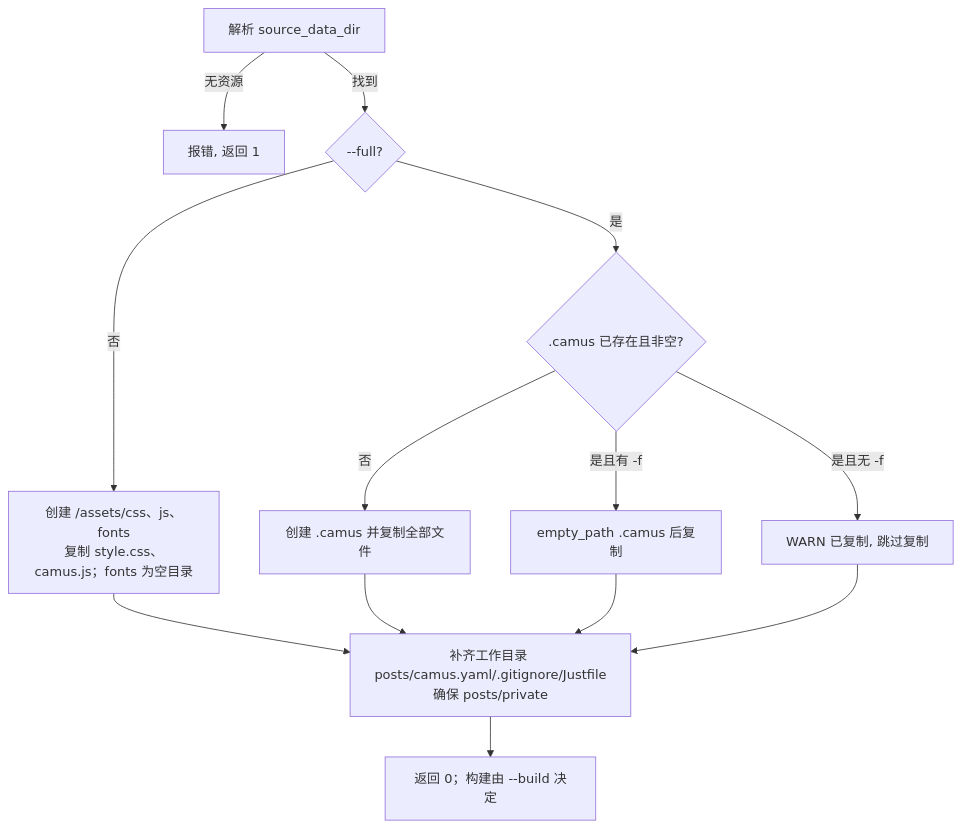
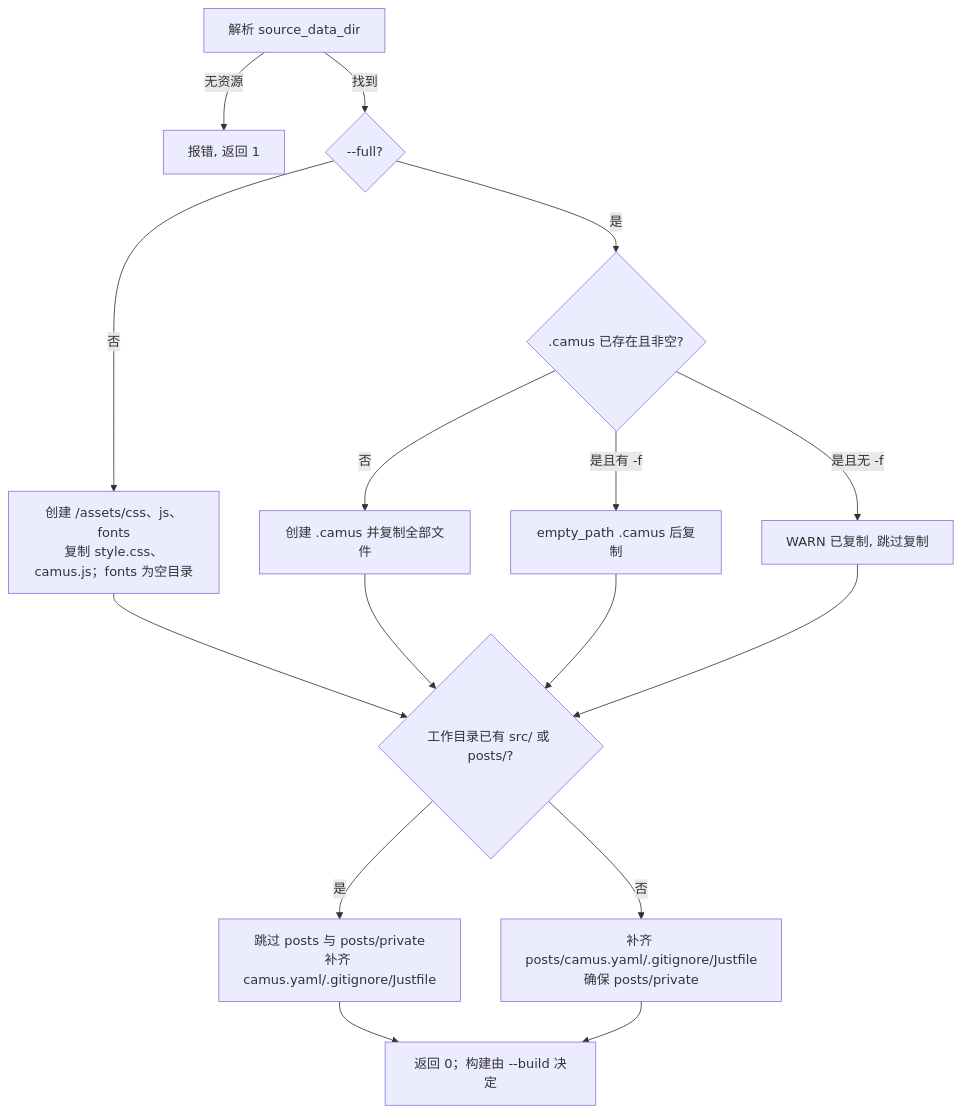
The second of 3 diagrams in docs/prd/08-template-install.md (the-writer/camus), drawn with Mermaid before and after one commit. The commit also changed other lines of this file and 14 other files, not shown here.

````diff
--- a/docs/prd/08-template-install.md
+++ b/docs/prd/08-template-install.md
@@ -83,15 +89,18 @@
 ```mermaid
 flowchart TD
     A[解析 source_data_dir] -->|无资源| X[报错, 返回 1]
     A -->|找到| F{--full?}
     F -->|否| M[创建 <workdir>/assets/css、js、fonts<br/>复制 style.css、camus.js；fonts 为空目录]
-    M --> S[补齐工作目录 posts/camus.yaml/.gitignore/Justfile<br/>确保 posts/private]
+    M --> S{工作目录已有 src/ 或 posts/?}
     F -->|是| B{.camus 已存在且非空?}
     B -->|否| D[创建 .camus 并复制全部文件]
     B -->|是且无 -f| W[WARN 已复制, 跳过复制]
     B -->|是且有 -f| C[empty_path .camus 后复制]
     D --> S
     C --> S
     W --> S
-    S --> OK[返回 0；构建由 --build 决定]
+    S -->|是| SK[跳过 posts 与 posts/private<br/>补齐 camus.yaml/.gitignore/Justfile]
+    S -->|否| SC[补齐 posts/camus.yaml/.gitignore/Justfile<br/>确保 posts/private]
+    SK --> OK[返回 0；构建由 --build 决定]
+    SC --> OK
 ```
````
